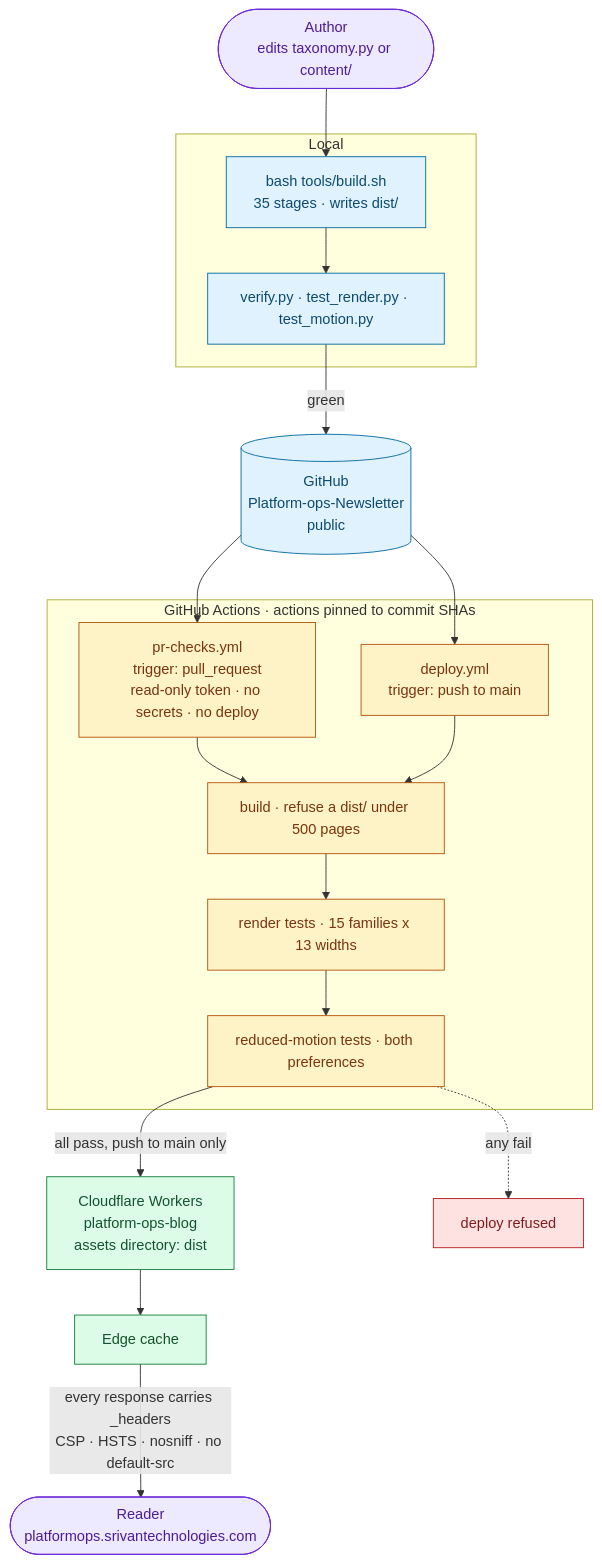
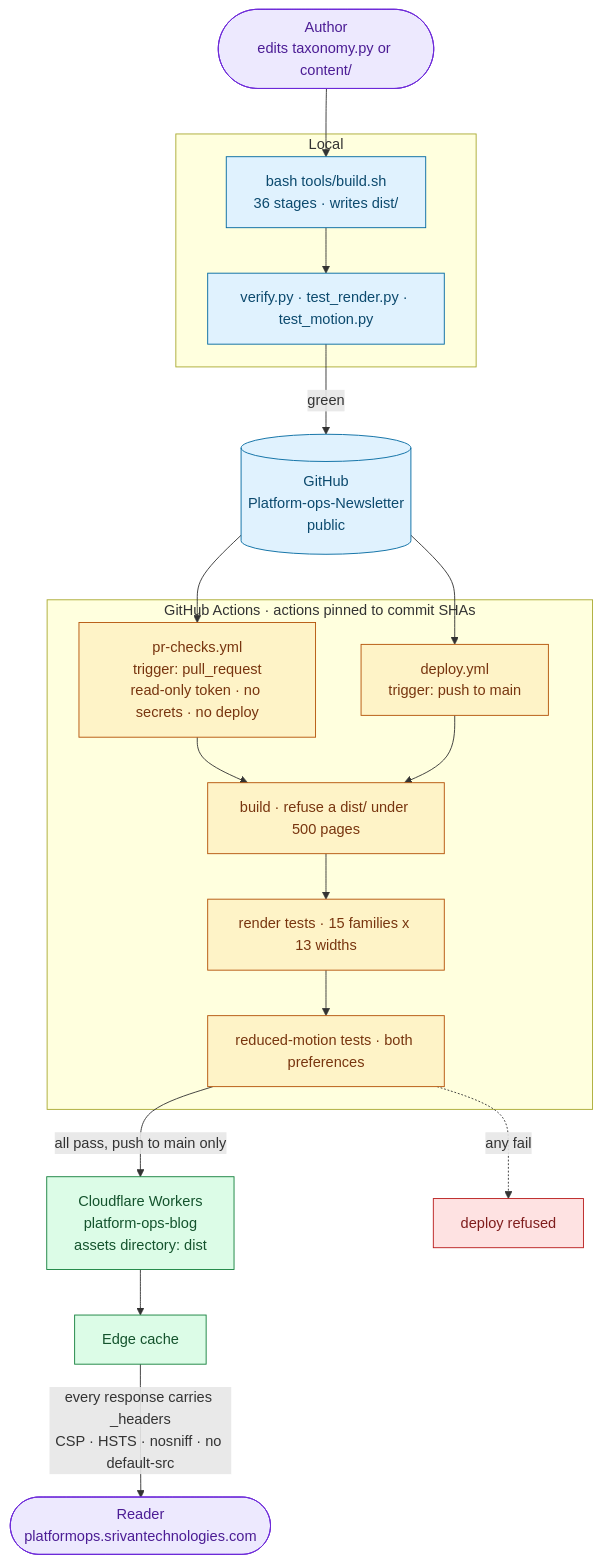
The second of 3 diagrams in README.md (Vishal-Abhinav/Platform-ops-Newsletter), drawn with Mermaid before and after one commit. The commit also changed other lines of this file and 15 other files, not shown here.

````diff
--- a/README.md
+++ b/README.md
@@ -214,47 +214,47 @@
 ```mermaid
 flowchart TB
   DEV(["Author<br/>edits taxonomy.py or content/"])
 
   subgraph LOCAL["Local"]
-    BUILD["bash tools/build.sh<br/>35 stages · writes dist/"]
+    BUILD["bash tools/build.sh<br/>36 stages · writes dist/"]
     SUITE["verify.py · test_render.py · test_motion.py"]
   end
 
   GH[("GitHub<br/>Platform-ops-Newsletter<br/>public")]
 
   subgraph CI["GitHub Actions · actions pinned to commit SHAs"]
     PR["pr-checks.yml<br/>trigger: pull_request<br/>read-only token · no secrets · no deploy"]
     DEP["deploy.yml<br/>trigger: push to main"]
     G1["build · refuse a dist/ under 500 pages"]
     G2["render tests · 15 families x 13 widths"]
     G3["reduced-motion tests · both preferences"]
   end
 
   CF["Cloudflare Workers<br/>platform-ops-blog<br/>assets directory: dist"]
   EDGE["Edge cache"]
   READER(["Reader<br/>platformops.srivantechnologies.com"])
   BLOCK["deploy refused"]
 
   DEV --> BUILD --> SUITE
   SUITE -->|green| GH
   GH --> PR
   GH --> DEP
   PR --> G1
   DEP --> G1
   G1 --> G2 --> G3
   G3 -->|all pass, push to main only| CF
   G3 -.->|any fail| BLOCK
   CF --> EDGE
   EDGE -->|"every response carries _headers<br/>CSP · HSTS · nosniff · no default-src"| READER
 
   classDef human fill:#ede9fe,stroke:#6d28d9,color:#4c1d95
   classDef local fill:#e0f2fe,stroke:#0369a1,color:#0c4a6e
   classDef ci fill:#fef3c7,stroke:#b45309,color:#78350f
   classDef edge fill:#dcfce7,stroke:#15803d,color:#14532d
   classDef bad fill:#fee2e2,stroke:#b91c1c,color:#7f1d1d
   class DEV,READER human
   class BUILD,SUITE,GH local
   class PR,DEP,G1,G2,G3 ci
   class CF,EDGE edge
   class BLOCK bad
 ```
````
